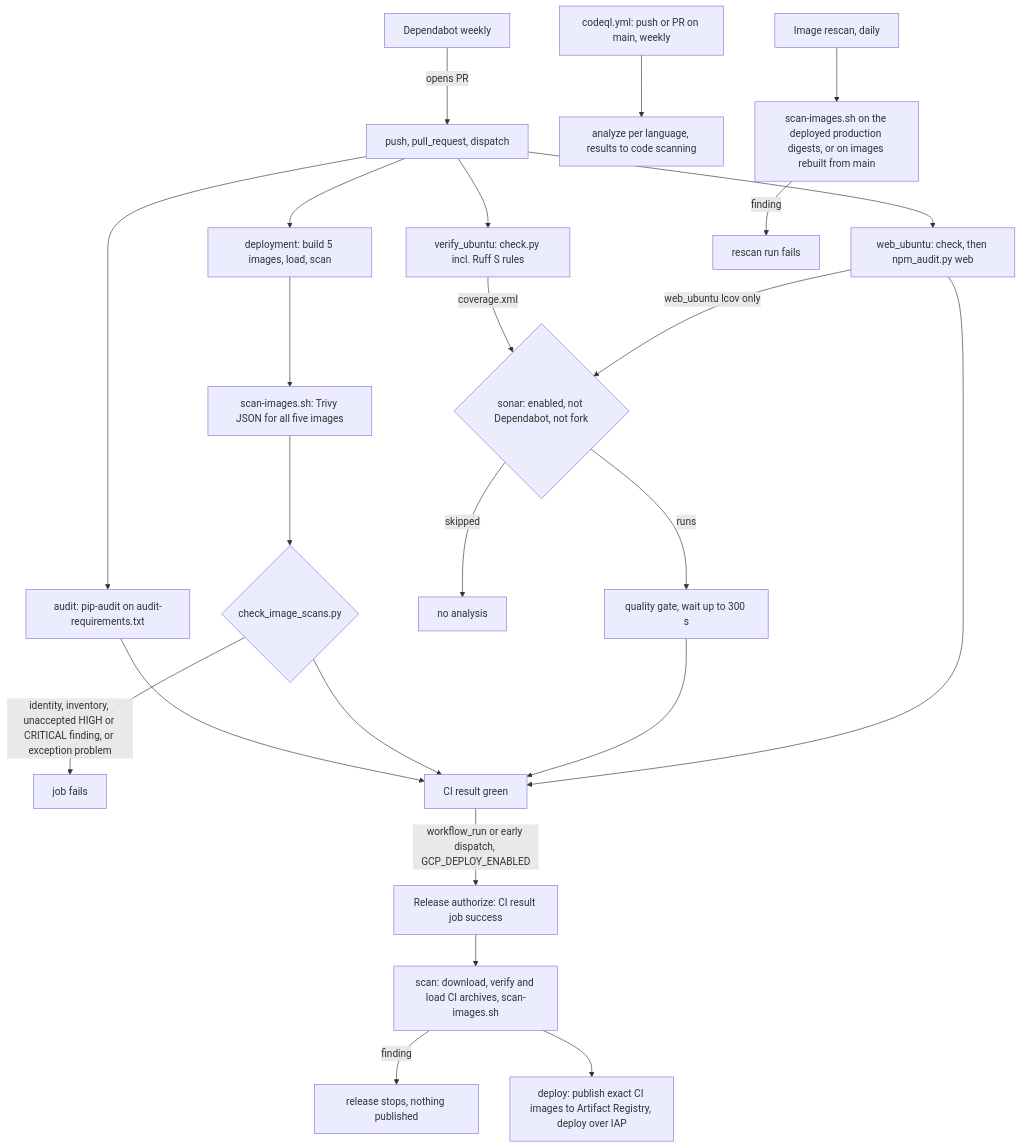
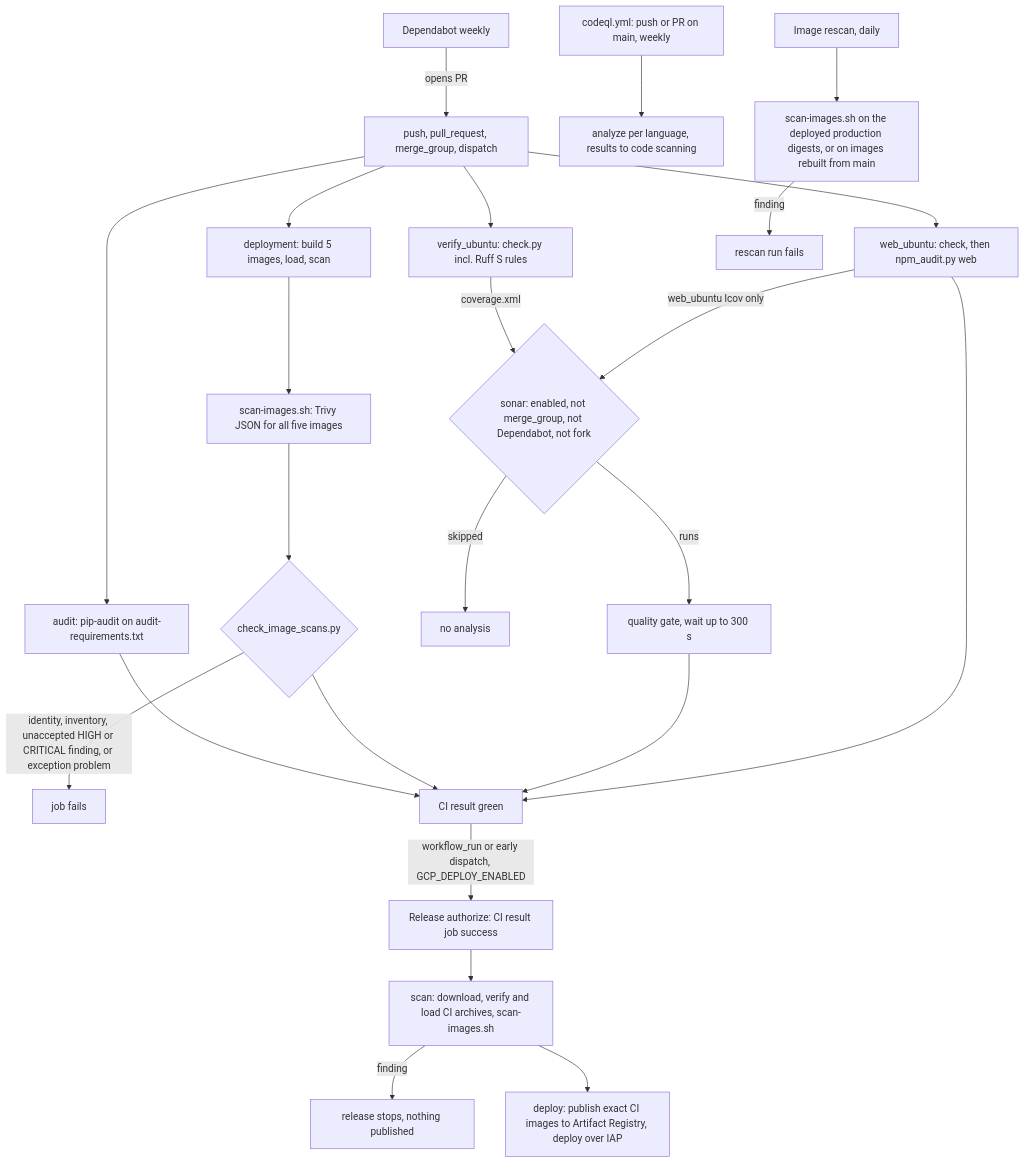
Before and after one commit to erkurtharun/pyracast: the diagram in docs/flows/dependency-and-code-scanning.md, drawn with Mermaid. The commit also changed other lines of this file and 4 other files, not shown here.

````diff
--- a/docs/flows/dependency-and-code-scanning.md
+++ b/docs/flows/dependency-and-code-scanning.md
@@ -21,26 +21,26 @@
 ```mermaid
 flowchart TD
-  trig["push, pull_request, dispatch"] --> aud["audit: pip-audit on audit-requirements.txt"]
+  trig["push, pull_request, merge_group, dispatch"] --> aud["audit: pip-audit on audit-requirements.txt"]
   trig --> web["web_ubuntu: check, then npm_audit.py web"]
   trig --> ver["verify_ubuntu: check.py incl. Ruff S rules"]
   trig --> dep["deployment: build 5 images, load, scan"]
   dbot["Dependabot weekly"] -->|"opens PR"| trig
   cq["codeql.yml: push or PR on main, weekly"] --> cqa["analyze per language, results to code scanning"]
   dep --> ss["scan-images.sh: Trivy JSON for all five images"]
   ss --> chk{"check_image_scans.py"}
   chk -->|"identity, inventory, unaccepted HIGH or CRITICAL finding, or exception problem"| red["job fails"]
   ver -->|"coverage.xml"| son
-  web -->|"web_ubuntu lcov only"| son{"sonar: enabled, not Dependabot, not fork"}
+  web -->|"web_ubuntu lcov only"| son{"sonar: enabled, not merge_group, not Dependabot, not fork"}
   son -->|"skipped"| skip["no analysis"]
   son -->|"runs"| qg["quality gate, wait up to 300 s"]
   aud --> ok["CI result green"]
   chk --> ok
   qg --> ok
   web --> ok
   ok -->|"workflow_run or early dispatch, GCP_DEPLOY_ENABLED"| auth["Release authorize: CI result job success"]
   auth --> rs["scan: download, verify and load CI archives, scan-images.sh"]
   rs -->|"finding"| stop["release stops, nothing published"]
   rs --> pub["deploy: publish exact CI images to Artifact Registry, deploy over IAP"]
   daily["Image rescan, daily"] --> ss2["scan-images.sh on the deployed production digests, or on images rebuilt from main"]
   ss2 -->|"finding"| red2["rescan run fails"]
 ```
````
